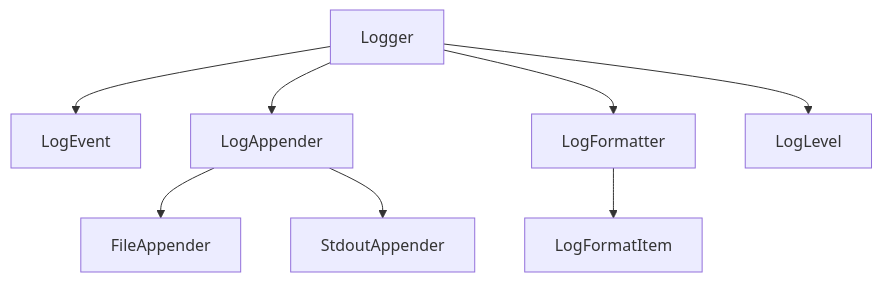
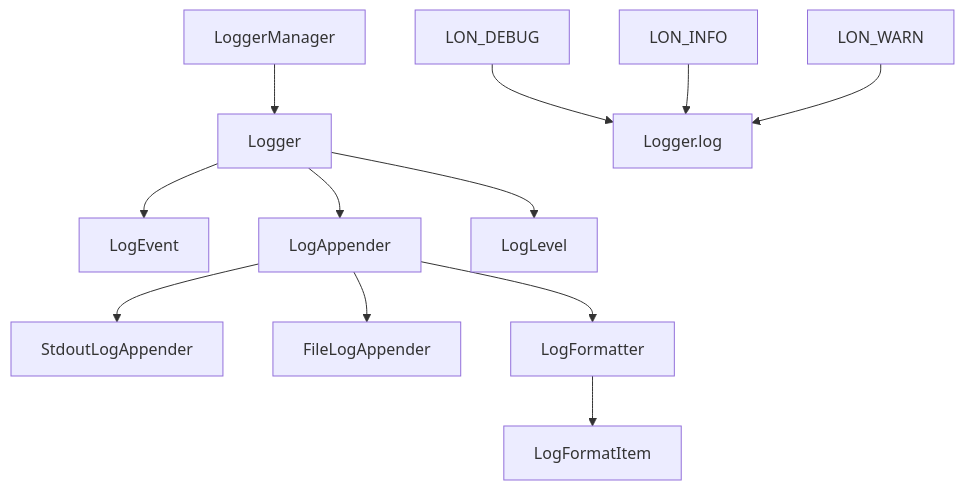
Before and after one commit to TamamoLoN/LoNetfw: the diagram in log/README.md, drawn with Mermaid. The commit also changed other lines of this file and 8 other files, not shown here.

````diff
--- a/log/README.md
+++ b/log/README.md
@@ -7,10 +37,18 @@
 ```mermaid
 graph TD
-    A[Logger] --> B[LogEvent]
-    A --> C[LogAppender]
-    C --> D[FileAppender]
-    C --> E[StdoutAppender]
-    A --> F[LogFormatter]
-    F --> G[LogFormatItem]
-    A --> H[LogLevel]
+    A[LoggerManager] --> B[Logger]
+    B --> C[LogEvent]
+    B --> D[LogAppender]
+    
+    D --> E[StdoutLogAppender]
+    D --> F[FileLogAppender]
+    
+    D --> G[LogFormatter]
+    G --> H[LogFormatItem]
+    
+    B --> I[LogLevel]
+    
+    J[LON_DEBUG] --> K[Logger.log]
+    L[LON_INFO] --> K
+    M[LON_WARN] --> K
 ```
````
